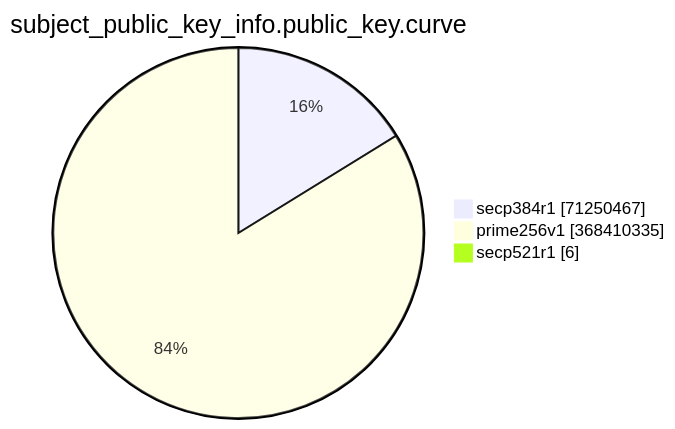
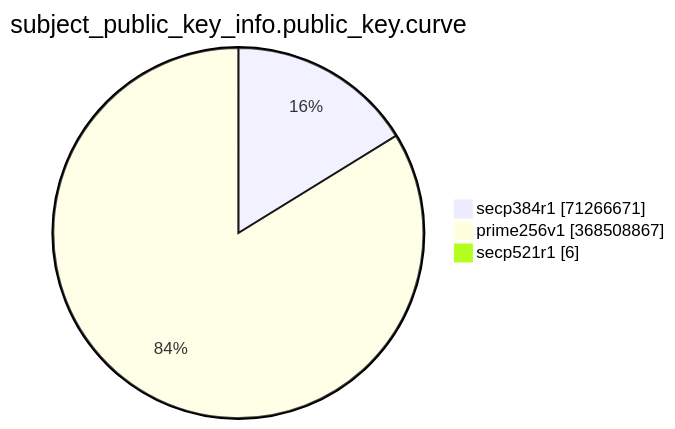
The eighth of 15 diagrams in TOTAL/README.md (christiankrug/ctmonitor_visualization), drawn with Mermaid before and after one commit. The commit also changed other lines of this file, not shown here.

````diff
--- a/TOTAL/README.md
+++ b/TOTAL/README.md
@@ -3092,7 +3092,7 @@
 ```mermaid
 pie showData
 title subject_public_key_info.public_key.curve
-"secp384r1" :71250467
-"prime256v1" :368410335
+"secp384r1" :71266671
+"prime256v1" :368508867
 "secp521r1" :6
 ```
````
